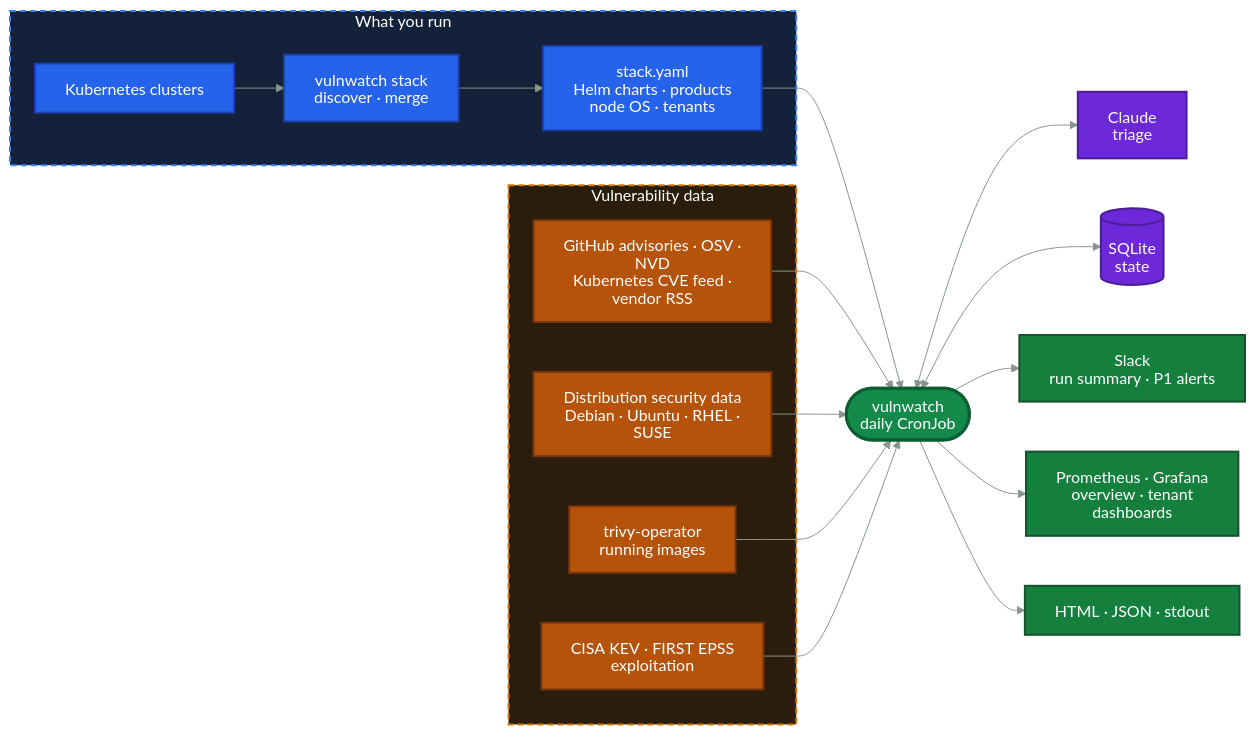
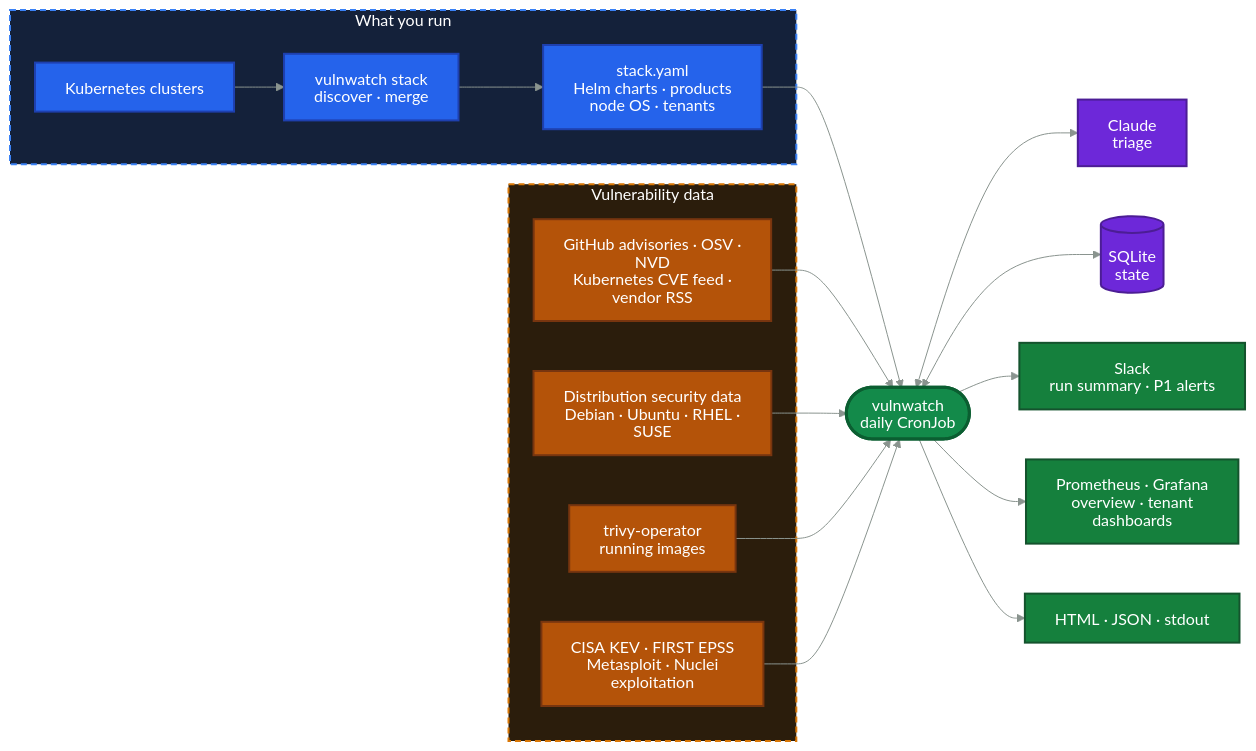
One commit to vasops/vulnwatch changed the diagram in README.md. Above: the diagram before and after it, drawn with Mermaid. The commit also changed other lines of this file and 61 other files, not shown here.

````diff
--- a/README.md
+++ b/README.md
@@ -37,42 +37,42 @@
 ```mermaid
 %%{init: {"htmlLabels": false, "flowchart": {"htmlLabels": false}, "theme": "base", "themeVariables": {"lineColor": "#8A948F", "titleColor": "#FFFFFF", "primaryTextColor": "#FFFFFF", "textColor": "#7A8781"}}}%%
 flowchart LR
   subgraph you["What you run"]
     clusters["Kubernetes clusters"]
     disc["vulnwatch stack<br/>discover · merge"]
     stack["stack.yaml<br/>Helm charts · products<br/>node OS · tenants"]
   end
   subgraph feeds["Vulnerability data"]
     adv["GitHub advisories · OSV · NVD<br/>Kubernetes CVE feed · vendor RSS"]
     distro["Distribution security data<br/>Debian · Ubuntu · RHEL · SUSE"]
     trivy["trivy-operator<br/>running images"]
-    exploit["CISA KEV · FIRST EPSS<br/>exploitation"]
+    exploit["CISA KEV · FIRST EPSS<br/>Metasploit · Nuclei<br/>exploitation"]
   end
   clusters --> disc --> stack
   stack --> vw
   adv --> vw
   distro --> vw
   trivy --> vw
   exploit --> vw
   vw(["vulnwatch<br/>daily CronJob"])
   vw <--> claude["Claude<br/>triage"]
   vw <--> db[("SQLite<br/>state")]
   vw --> slack["Slack<br/>run summary · P1 alerts"]
   vw --> grafana["Prometheus · Grafana<br/>overview · tenant dashboards"]
   vw --> reports["HTML · JSON · stdout"]
 
   classDef input fill:#2563EB,stroke:#1E40AF,stroke-width:2px,color:#FFFFFF
   classDef source fill:#B45309,stroke:#78350F,stroke-width:2px,color:#FFFFFF
   classDef core fill:#138A4A,stroke:#0B5E31,stroke-width:3px,color:#FFFFFF,font-weight:bold
   classDef output fill:#15803D,stroke:#14532D,stroke-width:2px,color:#FFFFFF
   classDef support fill:#6D28D9,stroke:#4C1D95,stroke-width:2px,color:#FFFFFF
   classDef muted fill:#52525B,stroke:#27272A,stroke-width:2px,color:#FFFFFF
   classDef decision fill:#1F2937,stroke:#0B1410,stroke-width:2px,color:#FFFFFF
   class clusters,disc,stack input
   class adv,distro,trivy,exploit source
   class vw core
   class claude,db support
   class slack,grafana,reports output
   style you fill:#14213A,stroke:#3B82F6,color:#FFFFFF,stroke-width:2px,stroke-dasharray:6 4
   style feeds fill:#2B1D0C,stroke:#D97706,color:#FFFFFF,stroke-width:2px,stroke-dasharray:6 4
 ```
````
